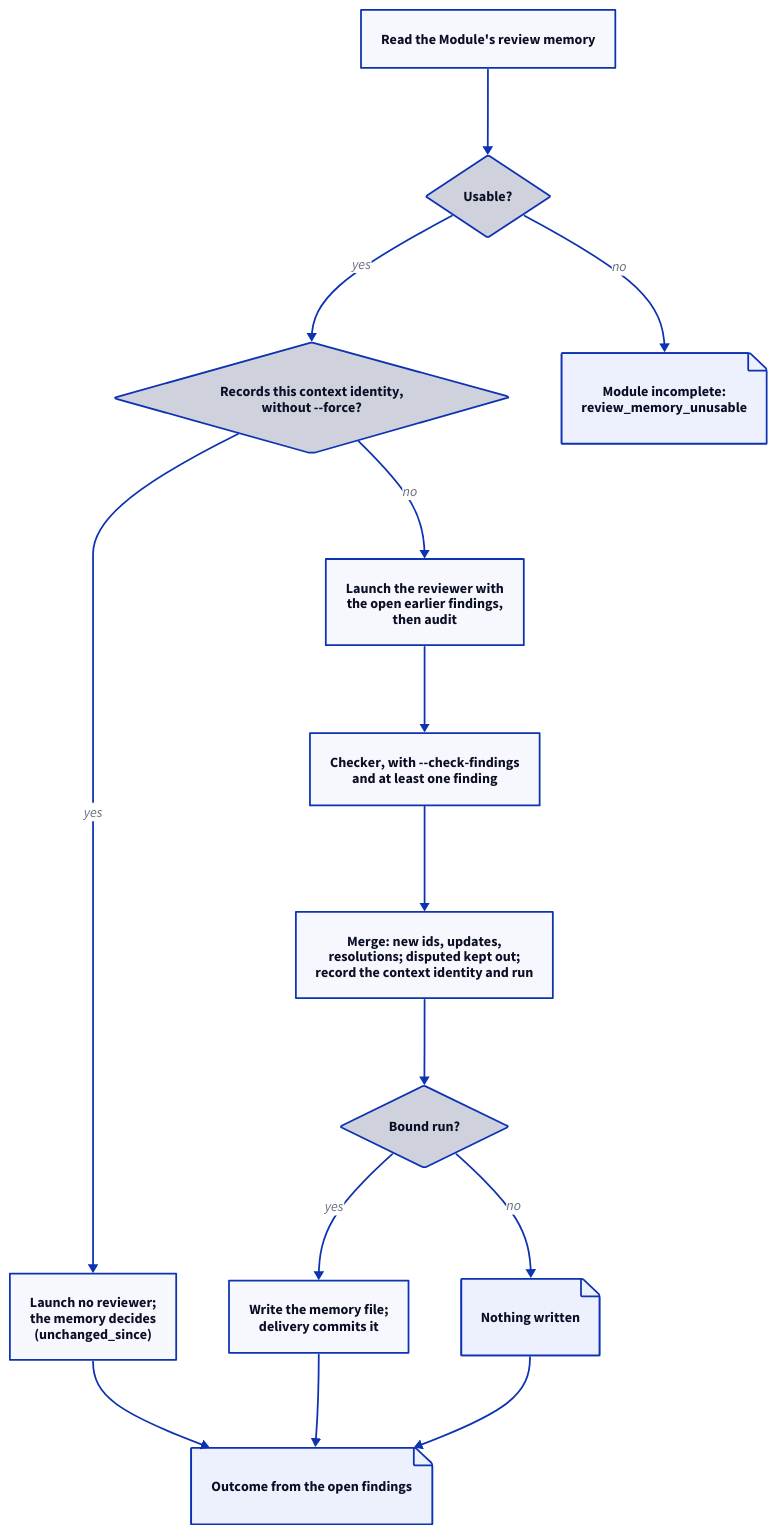
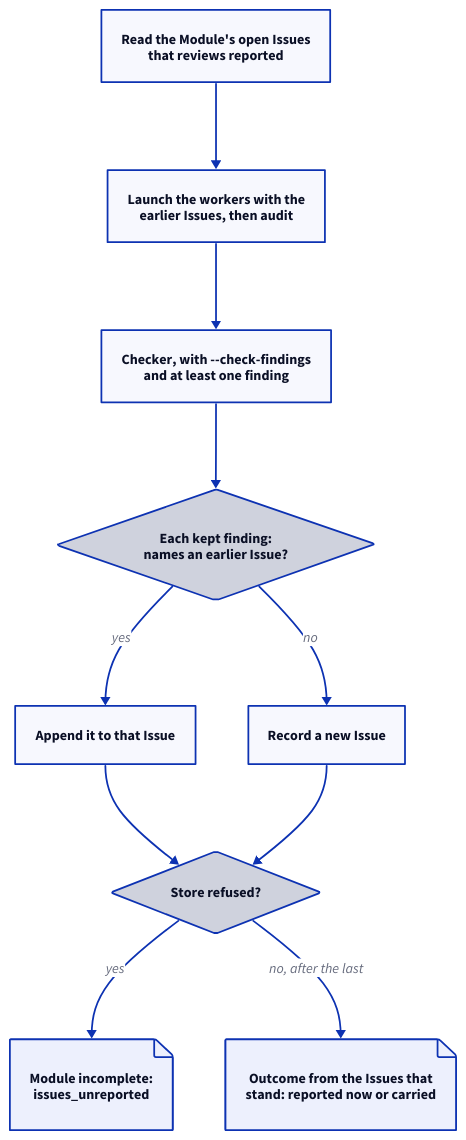
One commit to FTOD/concorde changed the fourth of 5 diagrams in specs/concorde/spec-tooling/spec-review/module.md. Above: the diagram before and after it, drawn with D2. The commit also changed other lines of this file and 28 other files, not shown here.

First line of the commit message:
Report review findings as Issues and add architects to spec_panel

````diff
--- a/specs/concorde/spec-tooling/spec-review/module.md
+++ b/specs/concorde/spec-tooling/spec-review/module.md
@@ -260,27 +273,20 @@
 ```d2 illustrative
 direction: down
-read: "Read the Module's review memory"
-usable: "Usable?" {shape: diamond}
-same: "Records this context identity,\nwithout --force?" {shape: diamond}
-skip: "Launch no reviewer;\nthe memory decides\n(unchanged_since)"
-launch: "Launch the reviewer with\nthe open earlier findings,\nthen audit"
+read: "Read the Module's open Issues\nthat reviews reported"
+launch: "Launch the workers with the\nearlier Issues, then audit"
 check: "Checker, with --check-findings\nand at least one finding"
-merge: "Merge: new ids, updates,\nresolutions; disputed kept out;\nrecord the context identity and run"
-outcome: "Outcome from the open findings" {shape: page}
-bound: "Bound run?" {shape: diamond}
-write: "Write the memory file;\ndelivery commits it"
-nothing: "Nothing written" {shape: page}
-unusable: "Module incomplete:\nreview_memory_unusable" {shape: page}
+match: "Each kept finding:\nnames an earlier Issue?" {shape: diamond}
+append: "Append it to that Issue"
+create: "Record a new Issue"
+failed: "Store refused?" {shape: diamond}
+outcome: "Outcome from the Issues that\nstand: reported now or carried" {shape: page}
+unreported: "Module incomplete:\nissues_unreported" {shape: page}
 
-read -> usable
-usable -> unusable: no
-usable -> same: yes
-same -> skip: yes
-same -> launch: no
-skip -> outcome
-launch -> check -> merge -> bound
-bound -> write: yes
-bound -> nothing: no
-write -> outcome
-nothing -> outcome
+read -> launch -> check -> match
+match -> append: yes
+match -> create: no
+append -> failed
+create -> failed
+failed -> unreported: yes
+failed -> outcome: "no, after the last"
 ```
````
